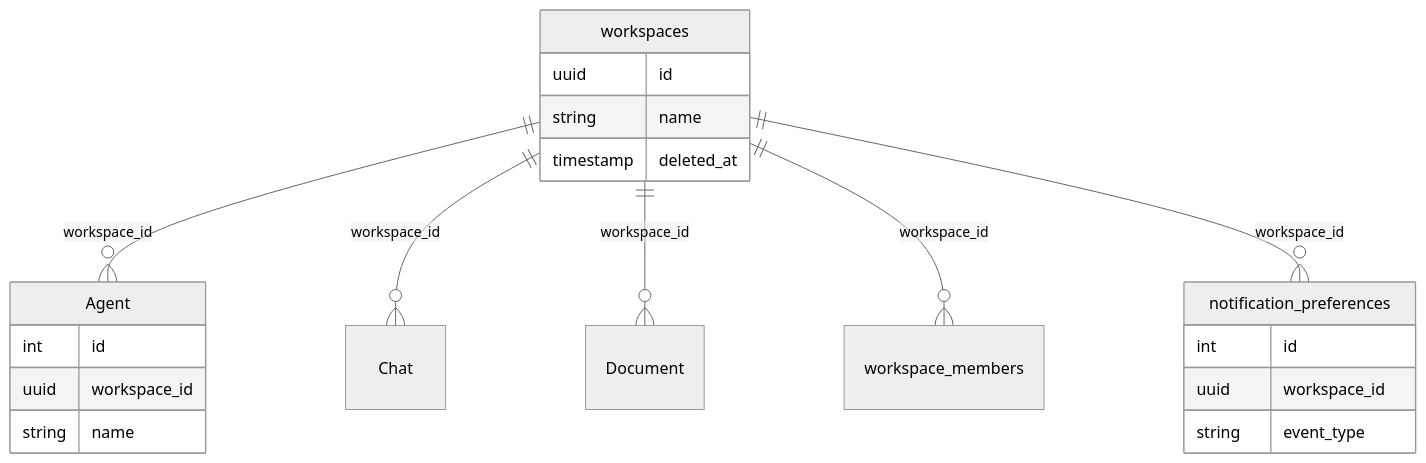
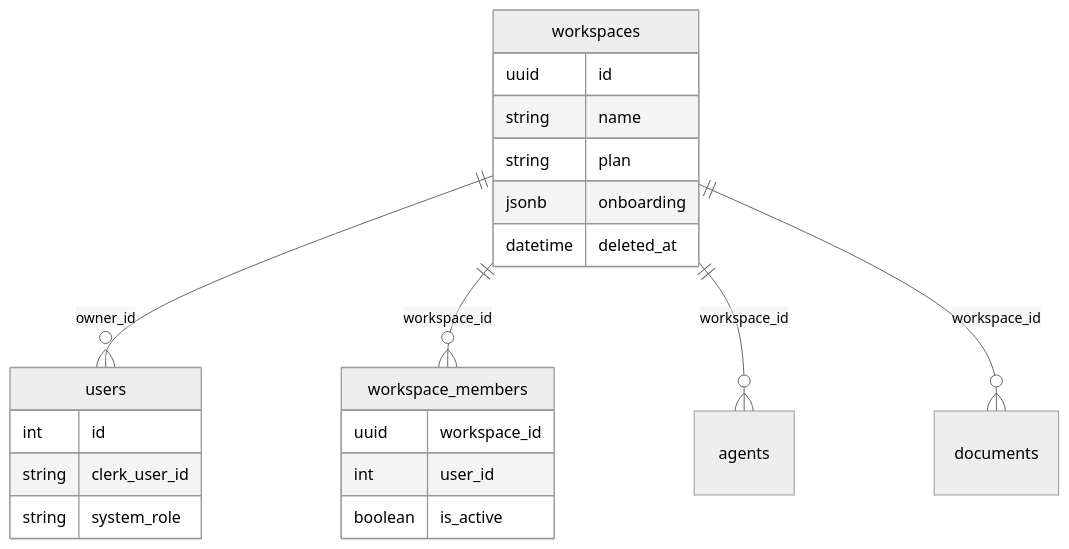
One commit to AutomatosAI/automatos-ai changed the second of 2 diagrams in docs/authentication-multi-tenancy/_index.md. Above: the diagram before and after it, drawn with Mermaid (neutral theme). The commit also changed other lines of this file and 191 other files, not shown here.

````diff
--- a/docs/authentication-multi-tenancy/_index.md
+++ b/docs/authentication-multi-tenancy/_index.md
@@ -135,24 +133,25 @@
 ```mermaid
 erDiagram
-    "workspaces" ||--o{ "Agent" : "workspace_id"
-    "workspaces" ||--o{ "Chat" : "workspace_id"
-    "workspaces" ||--o{ "Document" : "workspace_id"
+    "workspaces" ||--o{ "users" : "owner_id"
     "workspaces" ||--o{ "workspace_members" : "workspace_id"
-    "workspaces" ||--o{ "notification_preferences" : "workspace_id"
+    "workspaces" ||--o{ "agents" : "workspace_id"
+    "workspaces" ||--o{ "documents" : "workspace_id"
     
-    "Agent" {
-        int id
-        uuid workspace_id
-        string name
-    }
     "workspaces" {
         uuid id
         string name
-        timestamp deleted_at
+        string plan
+        jsonb onboarding
+        datetime deleted_at
     }
-    "notification_preferences" {
+    "users" {
         int id
+        string clerk_user_id
+        string system_role
+    }
+    "workspace_members" {
         uuid workspace_id
-        string event_type
+        int user_id
+        boolean is_active
     }
 ```
````
